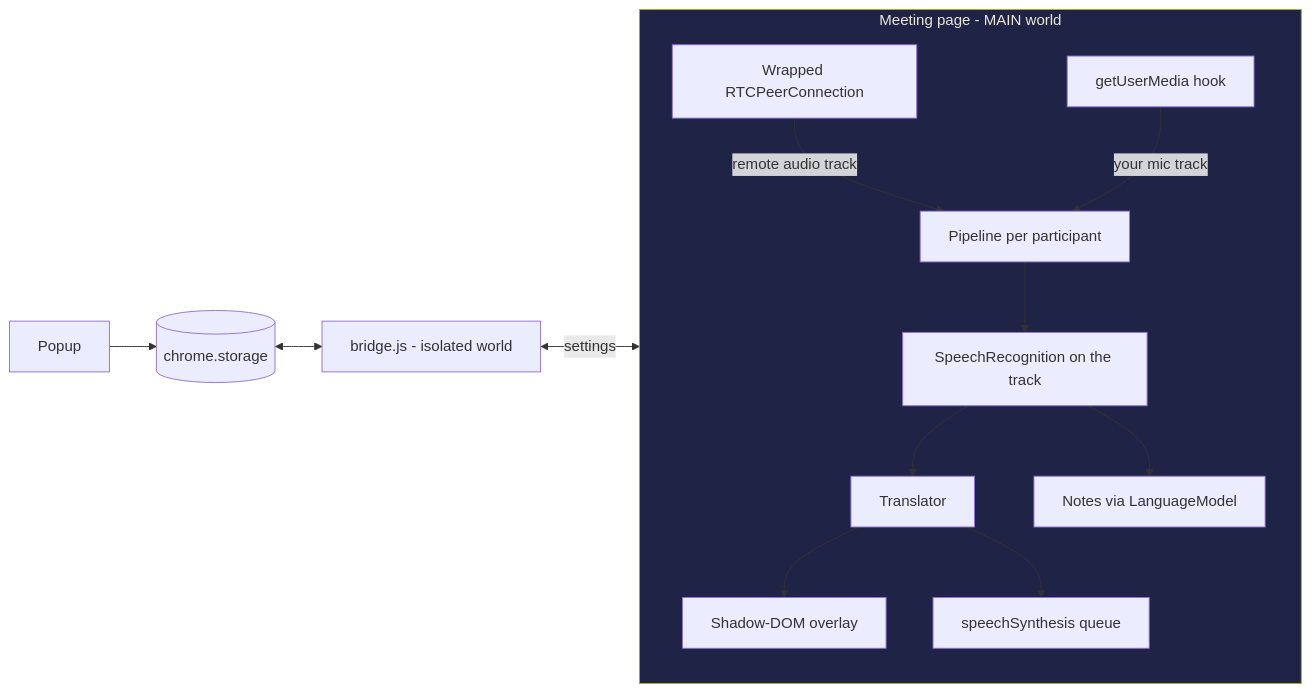
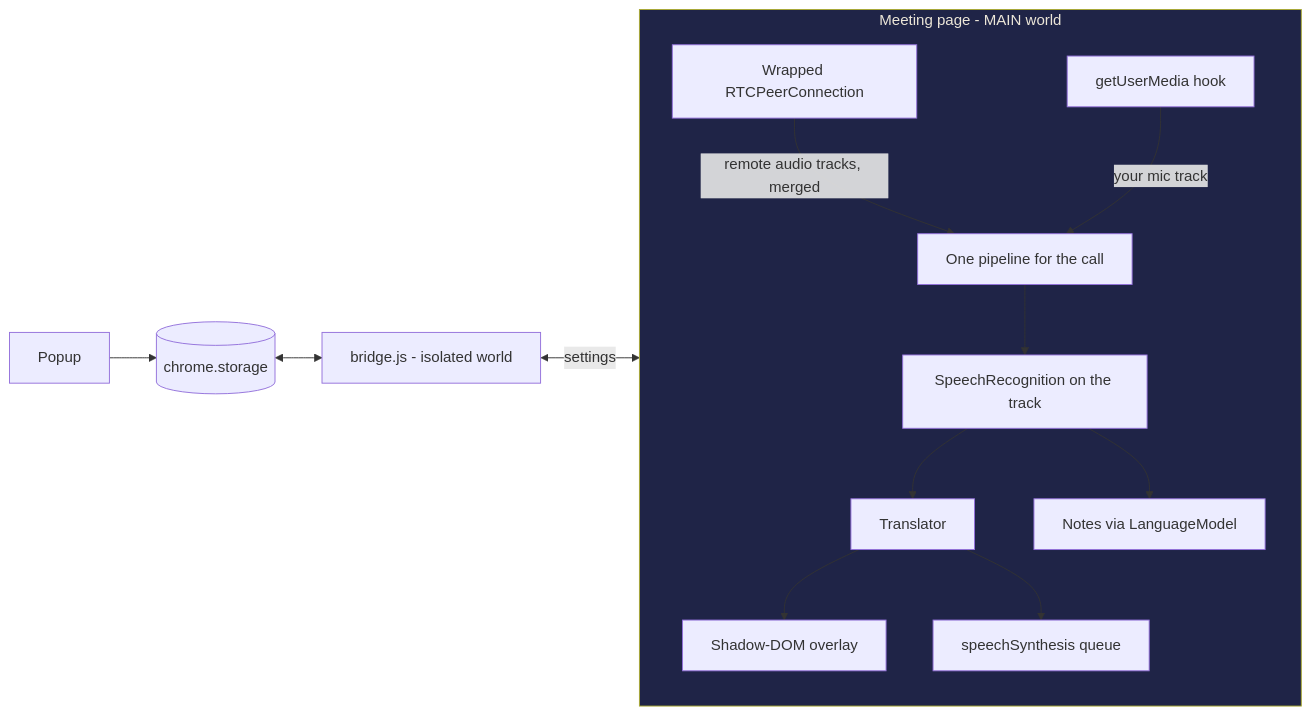
Before and after one commit to Ayush277/chitter: the fifth of 5 diagrams in docs/ARCHITECTURE.md, drawn with Mermaid. The commit also changed other lines of this file and 40 other files, not shown here.

````diff
--- a/docs/ARCHITECTURE.md
+++ b/docs/ARCHITECTURE.md
@@ -114,15 +114,15 @@
 ```mermaid
 flowchart LR
     subgraph Page[Meeting page - MAIN world]
-        H[Wrapped RTCPeerConnection] -->|remote audio track| PL[Pipeline per participant]
+        H[Wrapped RTCPeerConnection] -->|remote audio tracks, merged| PL[One pipeline for the call]
         G[getUserMedia hook] -->|your mic track| PL
         PL --> SR[SpeechRecognition on the track]
         SR --> TR[Translator] --> OV[Shadow-DOM overlay]
         TR --> TTS[speechSynthesis queue]
         SR --> NT[Notes via LanguageModel]
     end
     B[bridge.js - isolated world] <-->|settings| Page
     ST[(chrome.storage)] <--> B
     POP[Popup] --> ST
     style Page fill:#1F2447,color:#ECE6D8
 ```
````
